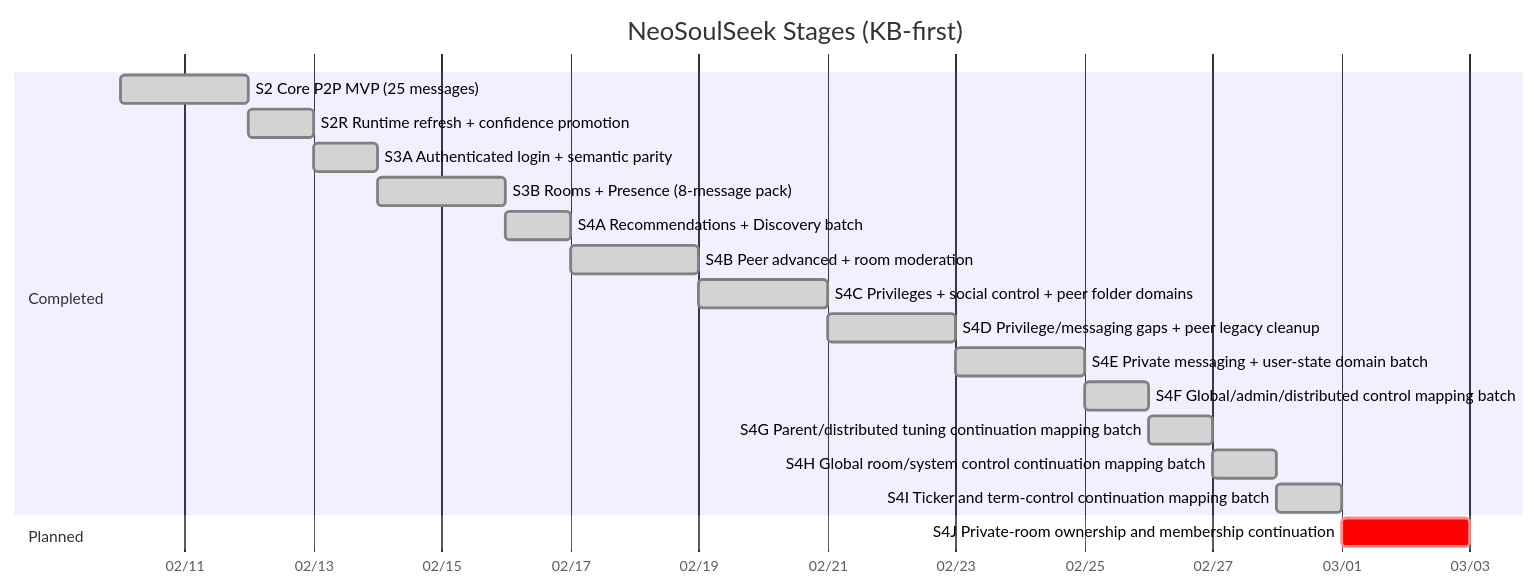
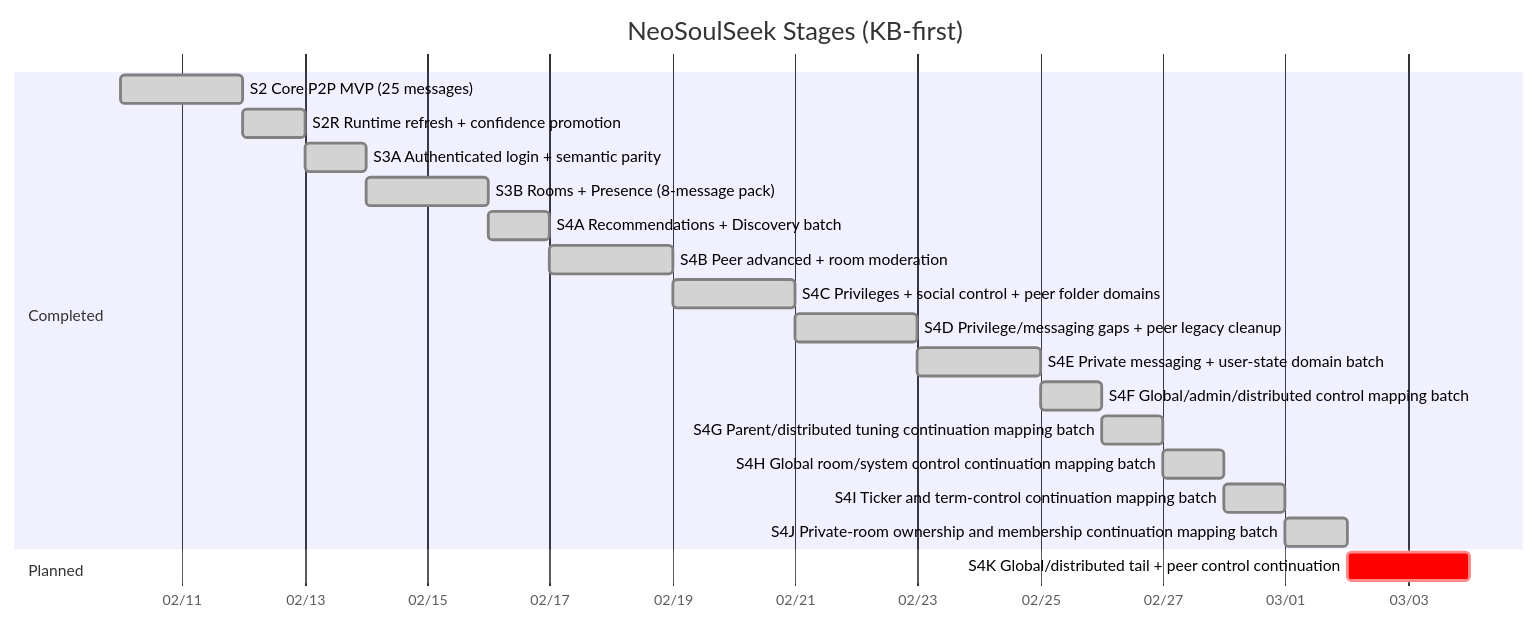
The first of 5 diagrams in docs/state/roadmap.md (fedejinich/nss), drawn with Mermaid before and after one commit. The commit also changed other lines of this file and 12 other files, not shown here.

Commit message:
stage(s4j): map private-room ownership membership messages

````diff
--- a/docs/state/roadmap.md
+++ b/docs/state/roadmap.md
@@ -9,22 +9,23 @@
 ```mermaid
 gantt
     title NeoSoulSeek Stages (KB-first)
     dateFormat  YYYY-MM-DD
     axisFormat  %m/%d
     section Completed
     S2 Core P2P MVP (25 messages) :done, s2, 2026-02-10, 2d
     S2R Runtime refresh + confidence promotion :done, s2r, after s2, 1d
     S3A Authenticated login + semantic parity :done, s3a, after s2r, 1d
     S3B Rooms + Presence (8-message pack) :done, s3b, 2026-02-14, 2d
     S4A Recommendations + Discovery batch :done, s4a, after s3b, 1d
     S4B Peer advanced + room moderation :done, s4b, after s4a, 2d
     S4C Privileges + social control + peer folder domains :done, s4c, after s4b, 2d
     S4D Privilege/messaging gaps + peer legacy cleanup :done, s4d, after s4c, 2d
     S4E Private messaging + user-state domain batch :done, s4e, after s4d, 2d
     S4F Global/admin/distributed control mapping batch :done, s4f, after s4e, 1d
     S4G Parent/distributed tuning continuation mapping batch :done, s4g, after s4f, 1d
     S4H Global room/system control continuation mapping batch :done, s4h, after s4g, 1d
     S4I Ticker and term-control continuation mapping batch :done, s4i, after s4h, 1d
+    S4J Private-room ownership and membership continuation mapping batch :done, s4j, after s4i, 1d
     section Planned
-    S4J Private-room ownership and membership continuation :crit, s4j, after s4i, 2d
+    S4K Global/distributed tail + peer control continuation :crit, s4k, after s4j, 2d
 ```
````
